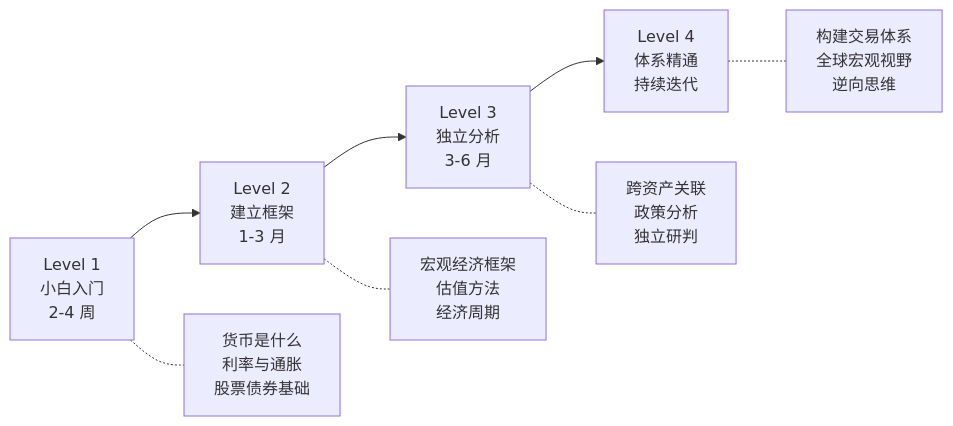
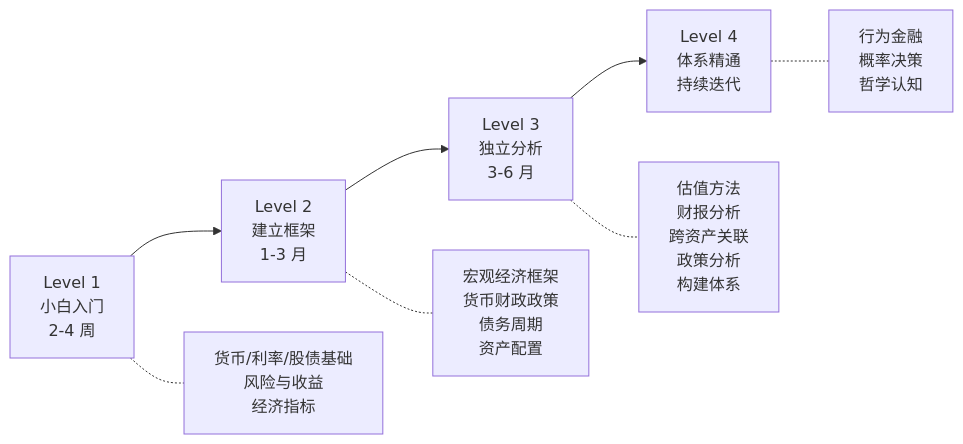
The second of 2 diagrams in README.md (survivorff/finance-brain), drawn with Mermaid before and after one commit. The commit also changed other lines of this file and 8 other files, not shown here.

````diff
--- a/README.md
+++ b/README.md
@@ -51,11 +59,11 @@
 ```mermaid
 graph LR
     L1[Level 1<br/>小白入门<br/>2-4 周] --> L2[Level 2<br/>建立框架<br/>1-3 月]
     L2 --> L3[Level 3<br/>独立分析<br/>3-6 月]
     L3 --> L4[Level 4<br/>体系精通<br/>持续迭代]
     
-    L1 -.- L1a[货币是什么<br/>利率与通胀<br/>股票债券基础]
-    L2 -.- L2a[宏观经济框架<br/>估值方法<br/>经济周期]
-    L3 -.- L3a[跨资产关联<br/>政策分析<br/>独立研判]
-    L4 -.- L4a[构建交易体系<br/>全球宏观视野<br/>逆向思维]
+    L1 -.- L1a[货币/利率/股债基础<br/>风险与收益<br/>经济指标]
+    L2 -.- L2a[宏观经济框架<br/>货币财政政策<br/>债务周期<br/>资产配置]
+    L3 -.- L3a[估值方法<br/>财报分析<br/>跨资产关联<br/>政策分析<br/>构建体系]
+    L4 -.- L4a[行为金融<br/>概率决策<br/>哲学认知]
 ```
````
